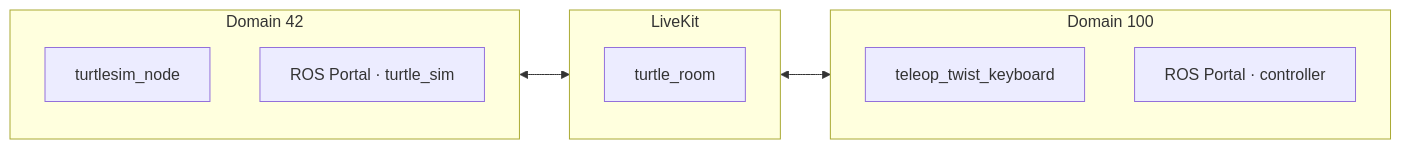
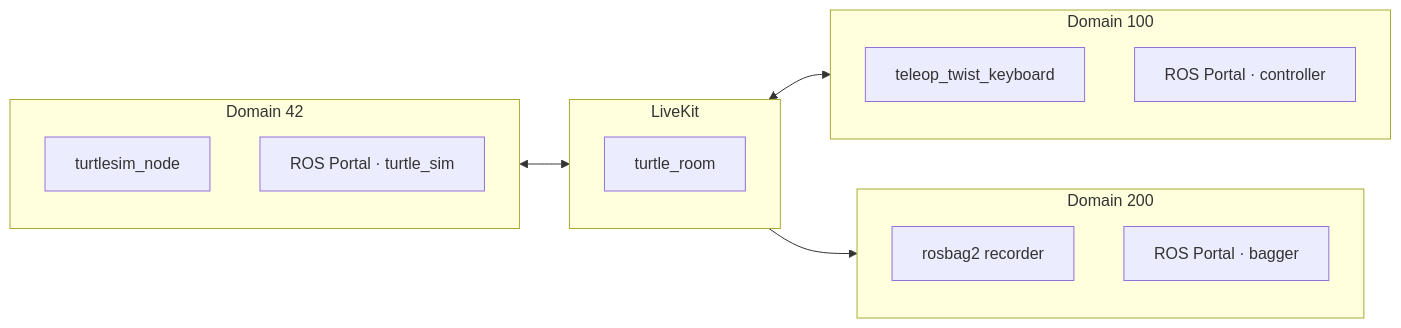
One commit to livekit/ros-portal changed the diagram in docs/tutorials.md. Above: the diagram before and after it, drawn with Mermaid. The commit also changed other lines of this file and 9 other files, not shown here.

````diff
--- a/docs/tutorials.md
+++ b/docs/tutorials.md
@@ -21,21 +23,28 @@
 ```mermaid
 flowchart LR
     subgraph D42["Domain 42"]
         direction TB
         TSIM["turtlesim_node"]
         B1["ROS Portal · turtle_sim"]
     end
 
     subgraph LK["LiveKit"]
         ROOM["turtle_room"]
     end
 
     subgraph D100["Domain 100"]
         direction TB
         TELEOP["teleop_twist_keyboard"]
         B2["ROS Portal · controller"]
     end
 
+    subgraph D200["Domain 200"]
+        direction TB
+        BAG["rosbag2 recorder"]
+        B3["ROS Portal · bagger"]
+    end
+
     D42 <--> LK
     LK <--> D100
+    LK --> D200
 ```
````
